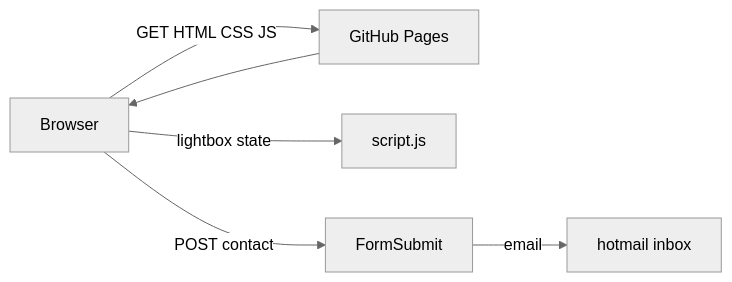
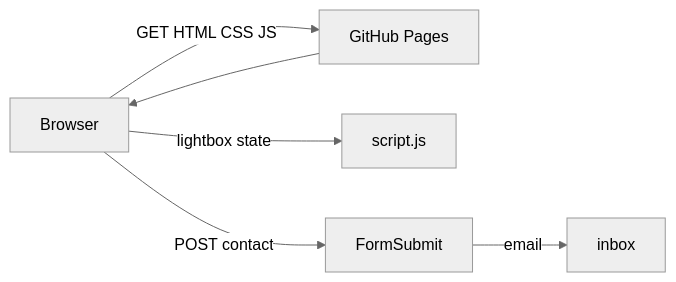
Before and after one commit to code-by-panashe-sanyanga/PS-PORTFOLIO: the first of 2 diagrams in README.md, drawn with Mermaid (neutral theme). The commit also changed other lines of this file and 2 other files, not shown here.

````diff
--- a/README.md
+++ b/README.md
@@ -25,8 +25,8 @@
 ```mermaid
 flowchart LR
   Browser -->|GET HTML CSS JS| Pages[GitHub Pages]
   Pages --> Browser
   Browser -->|lightbox state| Script[script.js]
   Browser -->|POST contact| FormSubmit
-  FormSubmit -->|email| Inbox[hotmail inbox]
+  FormSubmit -->|email| Inbox[inbox]
 ```
````
